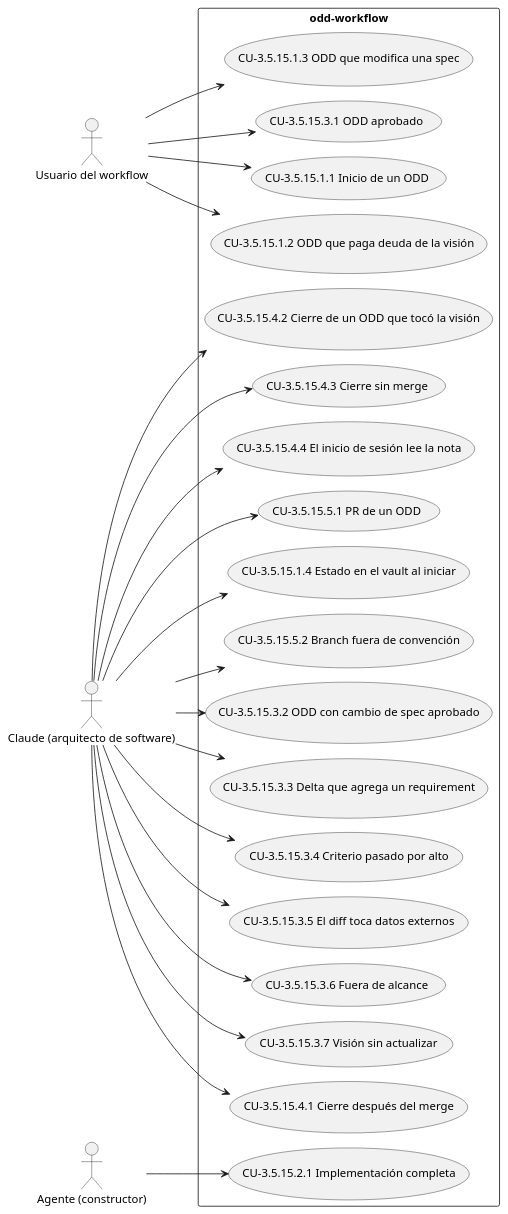
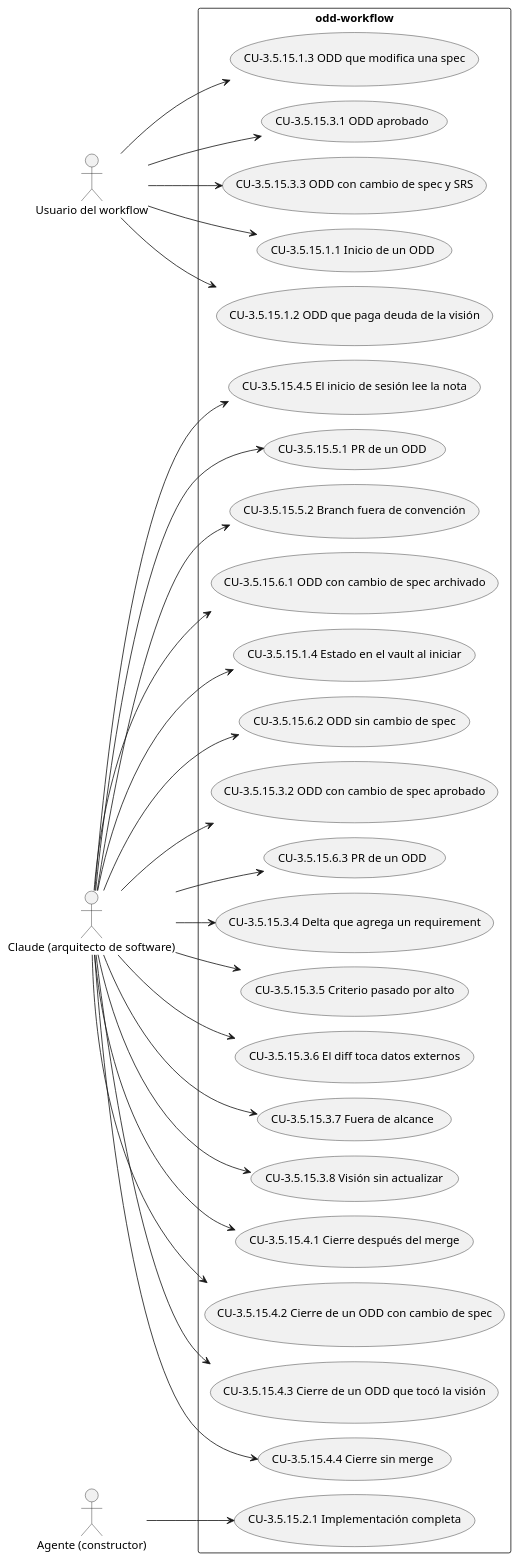
One commit to Lautaro-Montecchiani/sdd-global-config changed the diagram in docs/diagramas/CAP-3.5.15.puml. Above: the diagram before and after it, drawn with PlantUML. The commit also changed 7 other files, not shown here.

```diff
--- a/docs/diagramas/CAP-3.5.15.puml
+++ b/docs/diagramas/CAP-3.5.15.puml
@@ -1,45 +1,55 @@
 @startuml
 !pragma layout smetana
 left to right direction
 actor "Usuario del workflow" as A1
 actor "Claude (arquitecto de software)" as A2
 actor "Agente (constructor)" as A3
 rectangle "odd-workflow" {
   usecase "CU-3.5.15.1.1 Inicio de un ODD" as UC_3_5_15_1_1
   usecase "CU-3.5.15.1.2 ODD que paga deuda de la visión" as UC_3_5_15_1_2
   usecase "CU-3.5.15.1.3 ODD que modifica una spec" as UC_3_5_15_1_3
   usecase "CU-3.5.15.1.4 Estado en el vault al iniciar" as UC_3_5_15_1_4
   usecase "CU-3.5.15.2.1 Implementación completa" as UC_3_5_15_2_1
   usecase "CU-3.5.15.3.1 ODD aprobado" as UC_3_5_15_3_1
   usecase "CU-3.5.15.3.2 ODD con cambio de spec aprobado" as UC_3_5_15_3_2
-  usecase "CU-3.5.15.3.3 Delta que agrega un requirement" as UC_3_5_15_3_3
-  usecase "CU-3.5.15.3.4 Criterio pasado por alto" as UC_3_5_15_3_4
-  usecase "CU-3.5.15.3.5 El diff toca datos externos" as UC_3_5_15_3_5
-  usecase "CU-3.5.15.3.6 Fuera de alcance" as UC_3_5_15_3_6
-  usecase "CU-3.5.15.3.7 Visión sin actualizar" as UC_3_5_15_3_7
+  usecase "CU-3.5.15.3.3 ODD con cambio de spec y SRS" as UC_3_5_15_3_3
+  usecase "CU-3.5.15.3.4 Delta que agrega un requirement" as UC_3_5_15_3_4
+  usecase "CU-3.5.15.3.5 Criterio pasado por alto" as UC_3_5_15_3_5
+  usecase "CU-3.5.15.3.6 El diff toca datos externos" as UC_3_5_15_3_6
+  usecase "CU-3.5.15.3.7 Fuera de alcance" as UC_3_5_15_3_7
+  usecase "CU-3.5.15.3.8 Visión sin actualizar" as UC_3_5_15_3_8
   usecase "CU-3.5.15.4.1 Cierre después del merge" as UC_3_5_15_4_1
-  usecase "CU-3.5.15.4.2 Cierre de un ODD que tocó la visión" as UC_3_5_15_4_2
-  usecase "CU-3.5.15.4.3 Cierre sin merge" as UC_3_5_15_4_3
-  usecase "CU-3.5.15.4.4 El inicio de sesión lee la nota" as UC_3_5_15_4_4
+  usecase "CU-3.5.15.4.2 Cierre de un ODD con cambio de spec" as UC_3_5_15_4_2
+  usecase "CU-3.5.15.4.3 Cierre de un ODD que tocó la visión" as UC_3_5_15_4_3
+  usecase "CU-3.5.15.4.4 Cierre sin merge" as UC_3_5_15_4_4
+  usecase "CU-3.5.15.4.5 El inicio de sesión lee la nota" as UC_3_5_15_4_5
   usecase "CU-3.5.15.5.1 PR de un ODD" as UC_3_5_15_5_1
   usecase "CU-3.5.15.5.2 Branch fuera de convención" as UC_3_5_15_5_2
+  usecase "CU-3.5.15.6.1 ODD con cambio de spec archivado" as UC_3_5_15_6_1
+  usecase "CU-3.5.15.6.2 ODD sin cambio de spec" as UC_3_5_15_6_2
+  usecase "CU-3.5.15.6.3 PR de un ODD" as UC_3_5_15_6_3
 }
 A1 --> UC_3_5_15_1_1
 A1 --> UC_3_5_15_1_2
 A1 --> UC_3_5_15_1_3
 A2 --> UC_3_5_15_1_4
 A3 --> UC_3_5_15_2_1
 A1 --> UC_3_5_15_3_1
 A2 --> UC_3_5_15_3_2
-A2 --> UC_3_5_15_3_3
+A1 --> UC_3_5_15_3_3
 A2 --> UC_3_5_15_3_4
 A2 --> UC_3_5_15_3_5
 A2 --> UC_3_5_15_3_6
 A2 --> UC_3_5_15_3_7
+A2 --> UC_3_5_15_3_8
 A2 --> UC_3_5_15_4_1
 A2 --> UC_3_5_15_4_2
 A2 --> UC_3_5_15_4_3
 A2 --> UC_3_5_15_4_4
+A2 --> UC_3_5_15_4_5
 A2 --> UC_3_5_15_5_1
 A2 --> UC_3_5_15_5_2
+A2 --> UC_3_5_15_6_1
+A2 --> UC_3_5_15_6_2
+A2 --> UC_3_5_15_6_3
 @enduml
```
